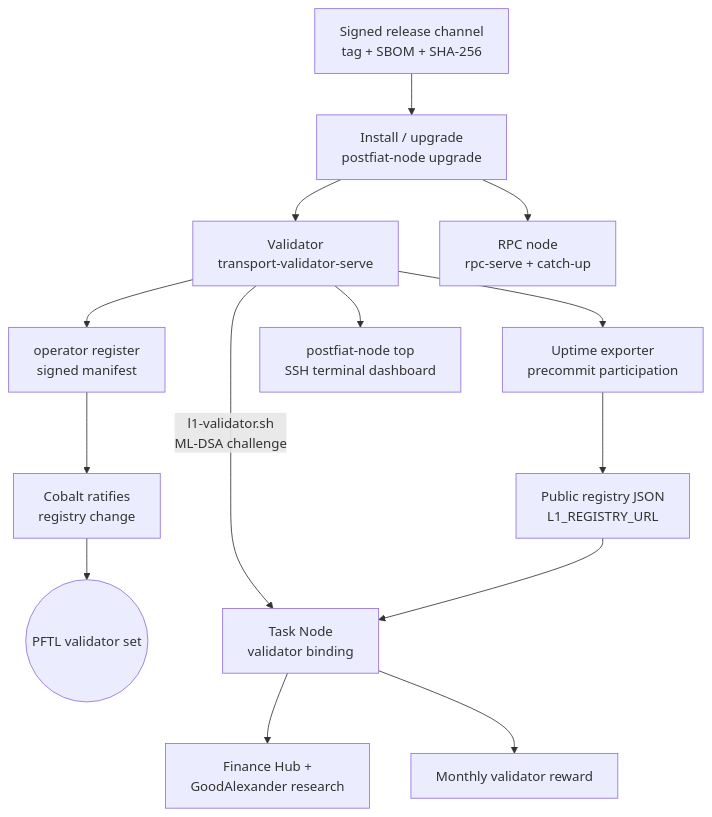
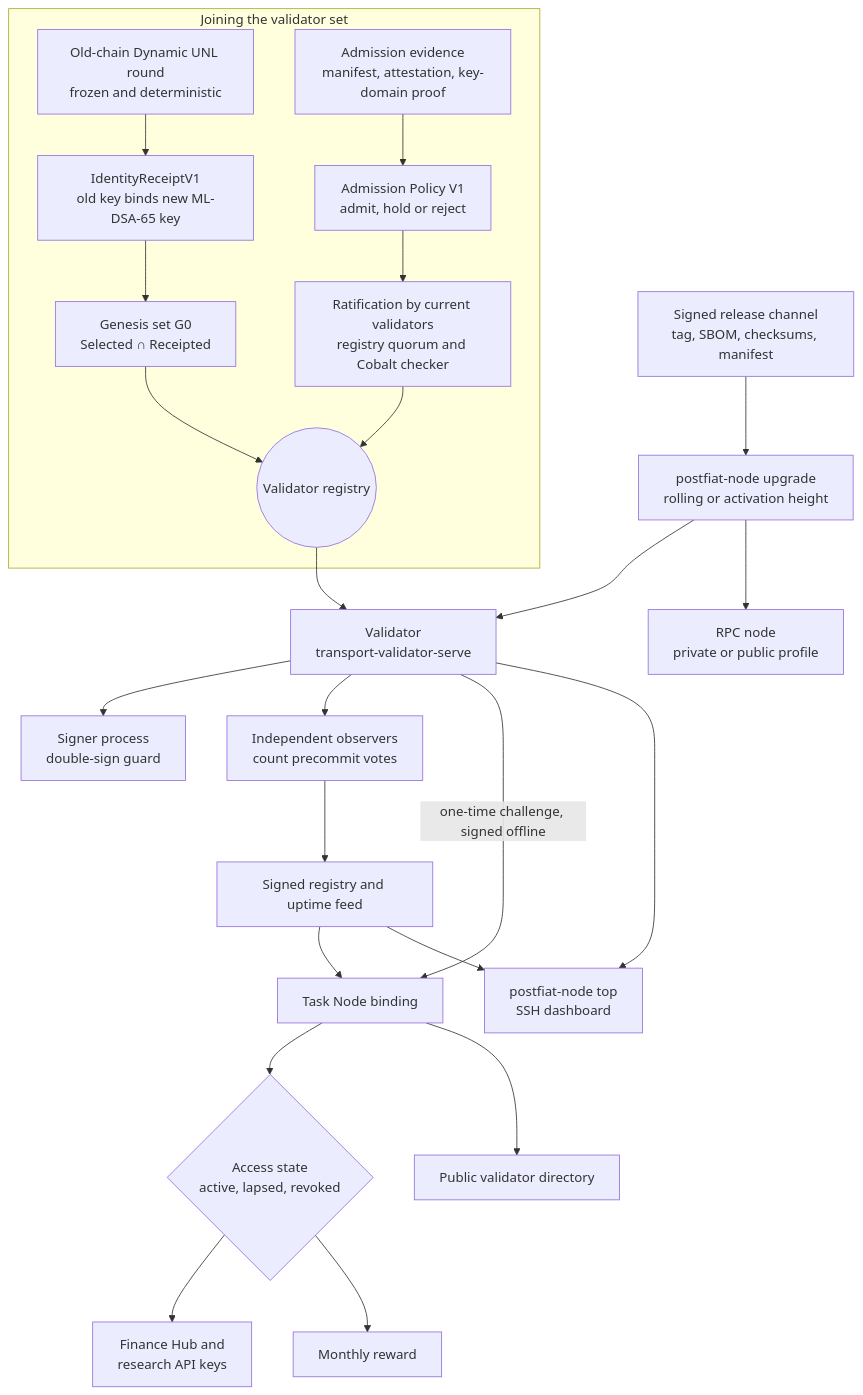
The diagram in big_milestone/pillars/03-validator-program.md (postfiatorg/postfiatl1v2), drawn with Mermaid before and after one commit. The commit also changed other lines of this file and 44 other files, not shown here.

````diff
--- a/big_milestone/pillars/03-validator-program.md
+++ b/big_milestone/pillars/03-validator-program.md
@@ -46,16 +78,26 @@
 ```mermaid
 flowchart TB
-    R[Signed release channel<br/>tag + SBOM + SHA-256] --> I[Install / upgrade<br/>postfiat-node upgrade]
-    I --> V[Validator<br/>transport-validator-serve]
-    I --> P[RPC node<br/>rpc-serve + catch-up]
-    V --> REG[operator register<br/>signed manifest]
-    REG --> C[Cobalt ratifies<br/>registry change]
-    C --> NET((PFTL validator set))
-    V --> X[Uptime exporter<br/>precommit participation]
-    X --> RG[Public registry JSON<br/>L1_REGISTRY_URL]
-    V -- l1-validator.sh<br/>ML-DSA challenge --> TN[Task Node<br/>validator binding]
-    RG --> TN
-    TN --> FH[Finance Hub +<br/>GoodAlexander research]
-    TN --> RW[Monthly validator reward]
-    V --> TOP[postfiat-node top<br/>SSH terminal dashboard]
+    subgraph JOIN["Joining the validator set"]
+        DU["Old-chain Dynamic UNL round<br/>frozen and deterministic"] --> RC["IdentityReceiptV1<br/>old key binds new ML-DSA-65 key"]
+        RC --> G0["Genesis set G0<br/>Selected ∩ Receipted"]
+        EV["Admission evidence<br/>manifest, attestation, key-domain proof"] --> POL["Admission Policy V1<br/>admit, hold or reject"]
+        POL --> RAT["Ratification by current validators<br/>registry quorum and Cobalt checker"]
+        G0 --> REG(("Validator registry"))
+        RAT --> REG
+    end
+    R["Signed release channel<br/>tag, SBOM, checksums, manifest"] --> UP["postfiat-node upgrade<br/>rolling or activation height"]
+    UP --> V["Validator<br/>transport-validator-serve"]
+    UP --> P["RPC node<br/>private or public profile"]
+    V --> S["Signer process<br/>double-sign guard"]
+    REG --> V
+    V --> OBS["Independent observers<br/>count precommit votes"]
+    OBS --> RJ["Signed registry and uptime feed"]
+    V -->|"one-time challenge, signed offline"| TN["Task Node binding"]
+    RJ --> TN
+    TN --> ACC{"Access state<br/>active, lapsed, revoked"}
+    ACC --> FH["Finance Hub and<br/>research API keys"]
+    ACC --> RW["Monthly reward"]
+    TN --> DIR["Public validator directory"]
+    V --> TOP["postfiat-node top<br/>SSH dashboard"]
+    RJ --> TOP
 ```
````
